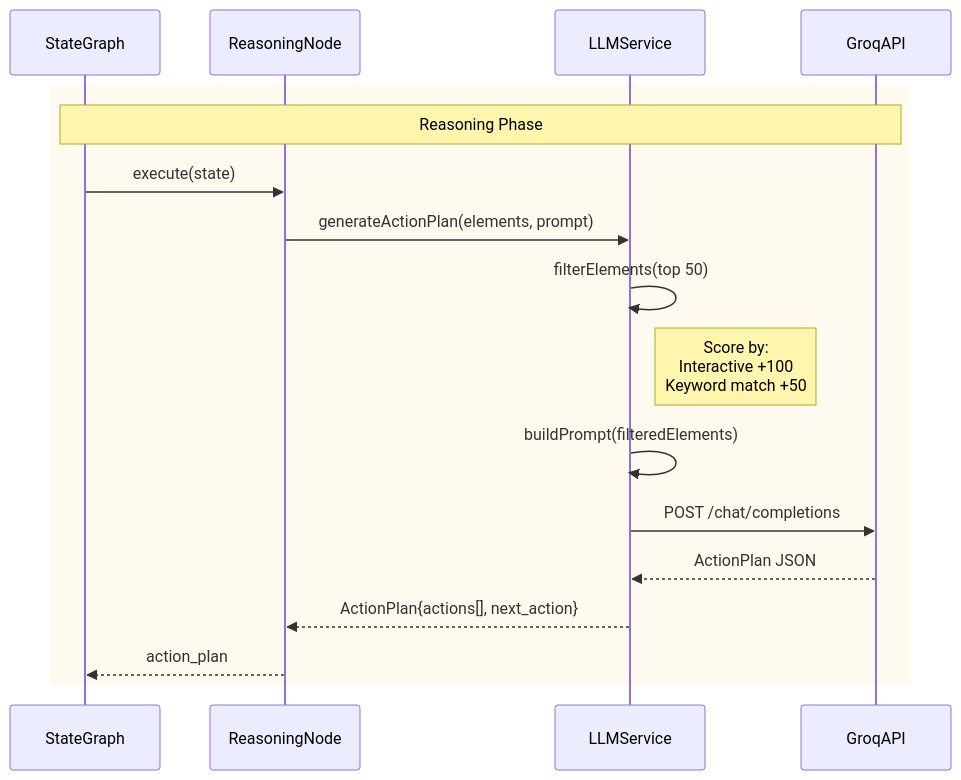
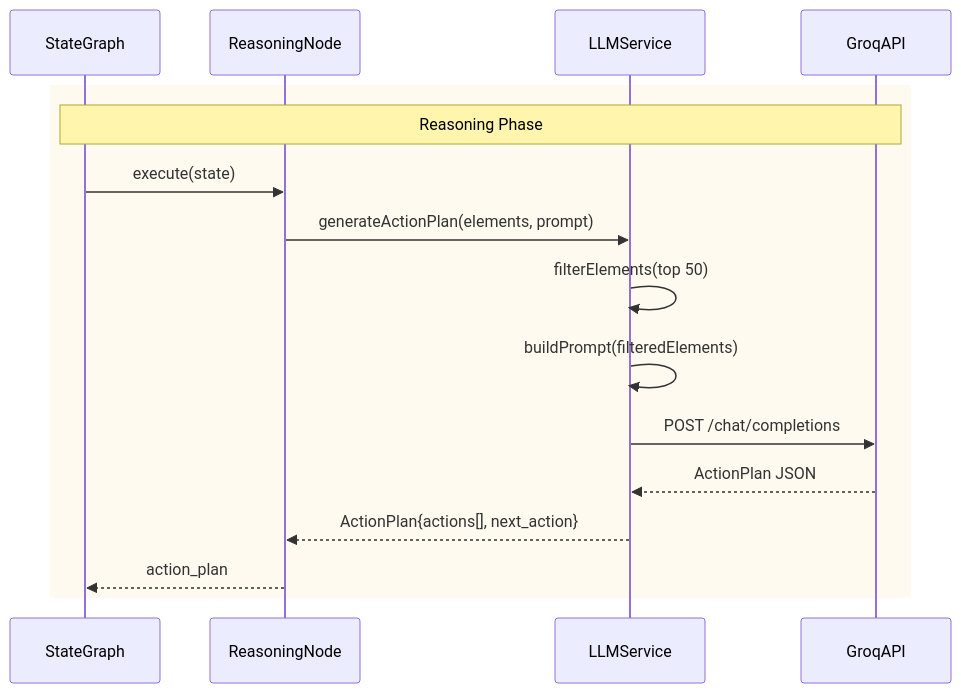
Before and after one commit to Youssef-Hossam2274/inspace-desktop: the third of 3 diagrams in docs/diagrams/workflow-diagrams.md, drawn with Mermaid. The commit also changed other lines of this file, not shown here.

First line of the commit message:
edit sequence diagram (#14)

````diff
--- a/docs/diagrams/workflow-diagrams.md
+++ b/docs/diagrams/workflow-diagrams.md
@@ -56,25 +115,23 @@
 ```mermaid
     %% Reasoning Phase
   sequenceDiagram
     participant Graph as StateGraph
     participant Reasoning as ReasoningNode
     participant LLM as LLMService
     participant GroqAPI as GroqAPI
 
     %% Reasoning Phase
     rect rgb(255, 250, 240)
     Note over Graph,GroqAPI: Reasoning Phase
     Graph->>Reasoning: execute(state)
     Reasoning->>LLM: generateActionPlan(elements, prompt)
     
     LLM->>LLM: filterElements(top 50)
-    Note right of LLM: Score by:<br/>Interactive +100<br/>Keyword match +50
-    
     LLM->>LLM: buildPrompt(filteredElements)
     LLM->>GroqAPI: POST /chat/completions
     GroqAPI-->>LLM: ActionPlan JSON
     
     LLM-->>Reasoning: ActionPlan{actions[], next_action}
     Reasoning-->>Graph: action_plan
     end
 ```
````
